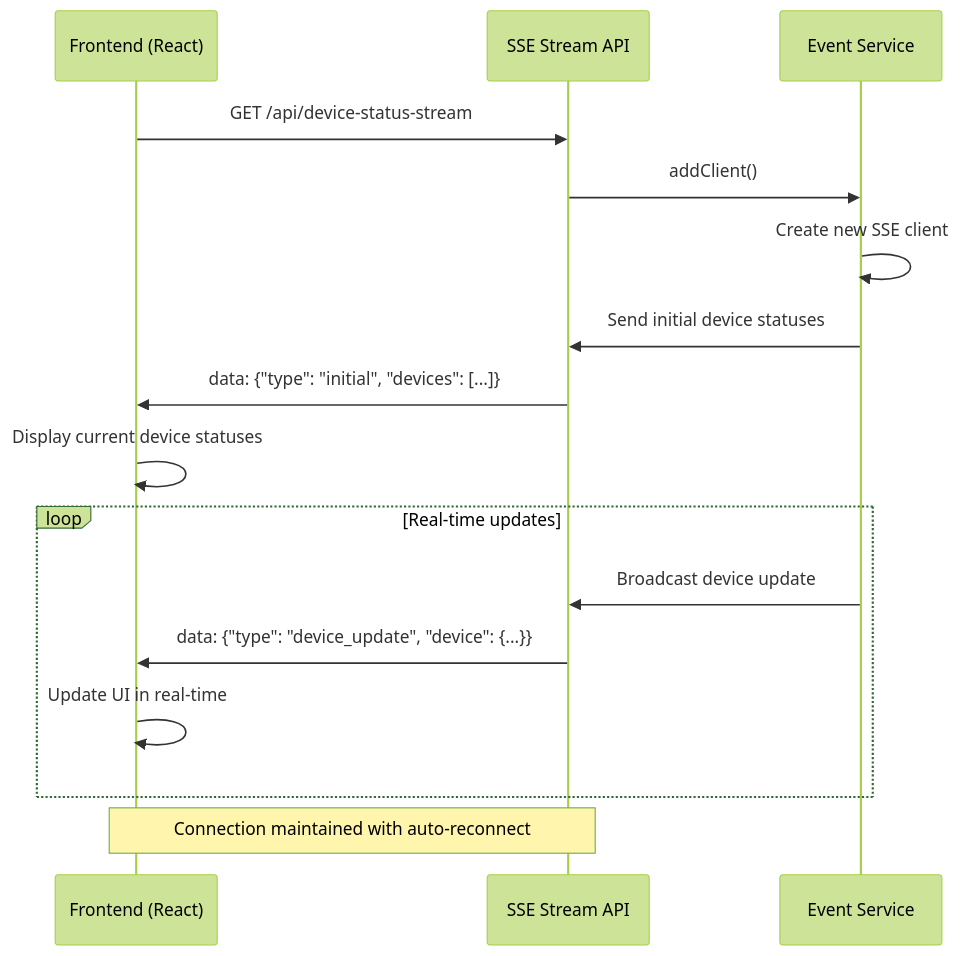
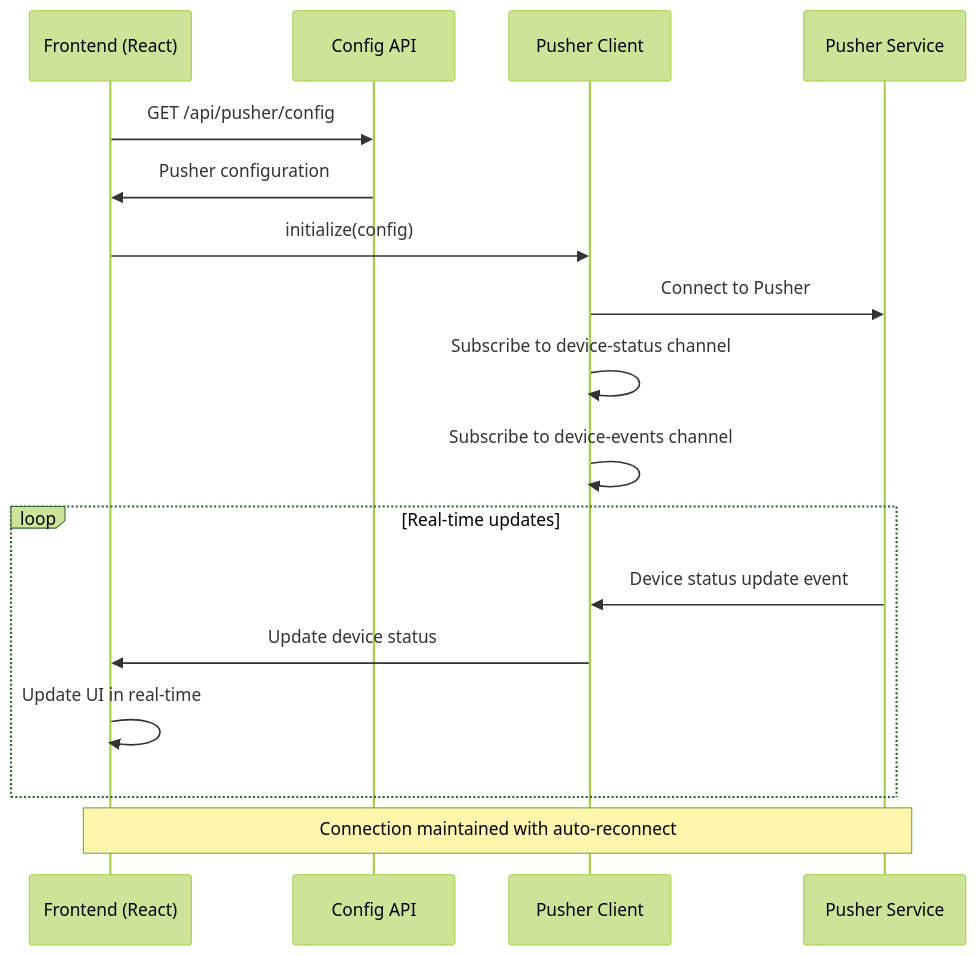
One commit to Misakaka10086/IoT_Platform changed the fourth of 4 diagrams in web/README.md. Above: the diagram before and after it, drawn with Mermaid (forest theme). The commit also changed other lines of this file and 19 other files, not shown here.

````diff
--- a/web/README.md
+++ b/web/README.md
@@ -177,22 +201,24 @@
 ```mermaid
 sequenceDiagram
     participant Frontend as Frontend (React)
-    participant SSE as SSE Stream API
-    participant EventService as Event Service
+    participant ConfigAPI as Config API
+    participant PusherClient as Pusher Client
+    participant Pusher as Pusher Service
 
-    Frontend->>SSE: GET /api/device-status-stream
-    SSE->>EventService: addClient()
-    EventService->>EventService: Create new SSE client
-    EventService->>SSE: Send initial device statuses
+    Frontend->>ConfigAPI: GET /api/pusher/config
+    ConfigAPI->>Frontend: Pusher configuration
     
-    SSE->>Frontend: data: {"type": "initial", "devices": [...]}
-    Frontend->>Frontend: Display current device statuses
+    Frontend->>PusherClient: initialize(config)
+    PusherClient->>Pusher: Connect to Pusher
+    
+    PusherClient->>PusherClient: Subscribe to device-status channel
+    PusherClient->>PusherClient: Subscribe to device-events channel
     
     loop Real-time updates
-        EventService->>SSE: Broadcast device update
-        SSE->>Frontend: data: {"type": "device_update", "device": {...}}
+        Pusher->>PusherClient: Device status update event
+        PusherClient->>Frontend: Update device status
         Frontend->>Frontend: Update UI in real-time
     end
     
-    Note over Frontend,SSE: Connection maintained with auto-reconnect
+    Note over Frontend,Pusher: Connection maintained with auto-reconnect
 ```
````
